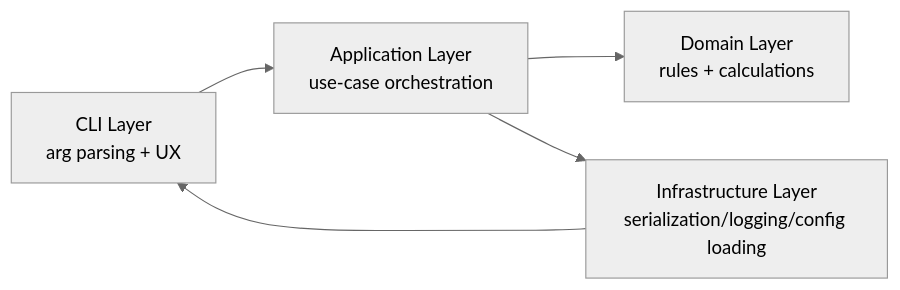
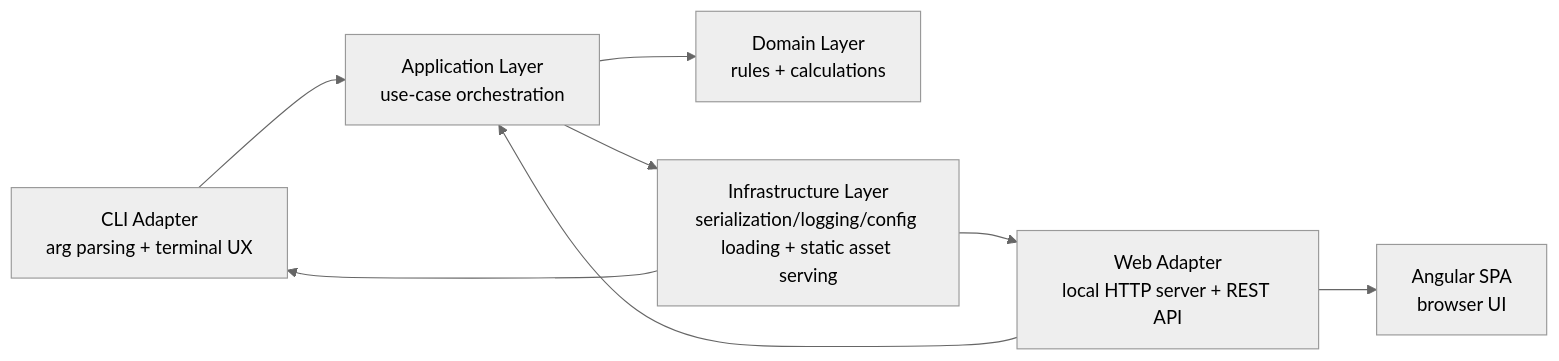
Before and after one commit to oliver-koeth/mealplan-cli: the diagram in docs/ARCHITECTURE.md, drawn with Mermaid (neutral theme). The commit also changed other lines of this file and 1 other file, not shown here.

Commit message:
feat: Enhance architecture documentation and add UI style guide for meal planning interface

````diff
--- a/docs/ARCHITECTURE.md
+++ b/docs/ARCHITECTURE.md
@@ -21,7 +24,10 @@
 ```mermaid
 flowchart LR
-  CLI[CLI Layer\narg parsing + UX] --> APP[Application Layer\nuse-case orchestration]
+  CLI[CLI Adapter\narg parsing + terminal UX] --> APP[Application Layer\nuse-case orchestration]
+  WEB[Web Adapter\nlocal HTTP server + REST API] --> APP
+  WEB --> UI[Angular SPA\nbrowser UI]
   APP --> DOM[Domain Layer\nrules + calculations]
-  APP --> INF[Infrastructure Layer\nserialization/logging/config loading]
+  APP --> INF[Infrastructure Layer\nserialization/logging/config loading + static asset serving]
   INF --> CLI
+  INF --> WEB
 ```
````
